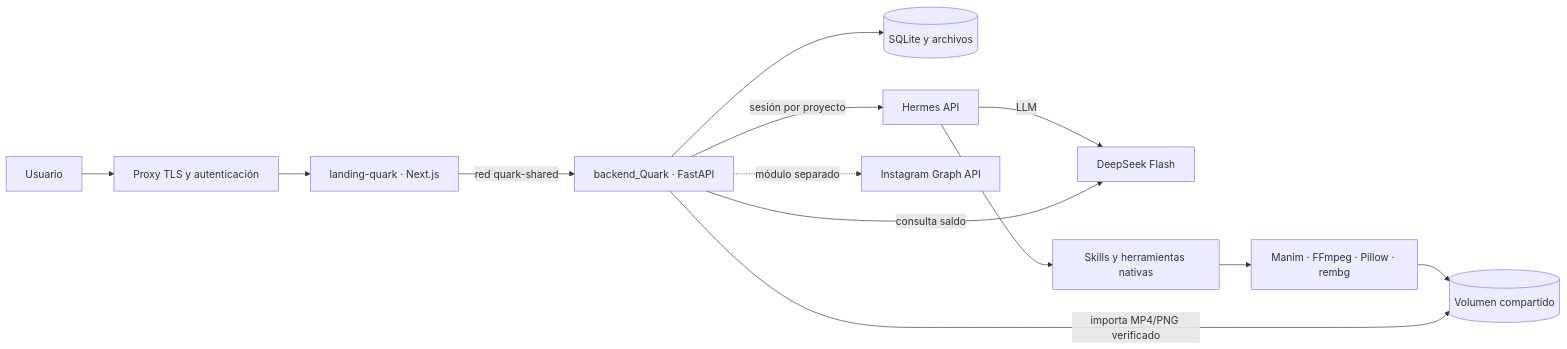
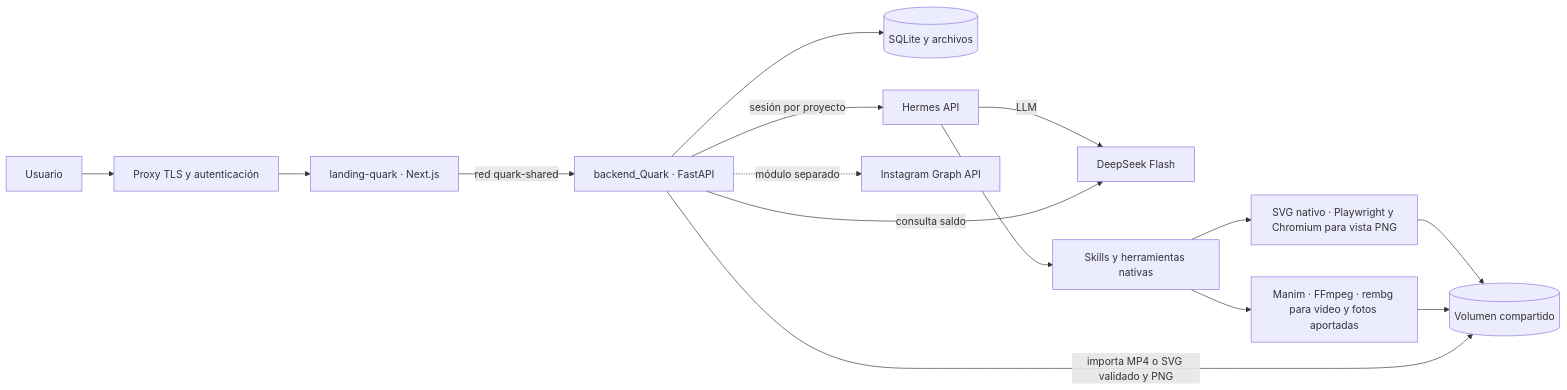
The diagram in ARQUITECTURA.md (Matias-Ibanez/backend_Quark), drawn with Mermaid before and after one commit. The commit also changed other lines of this file and 25 other files, not shown here.

Commit message:
feat(media): deliver editable SVG posts with Playwright previews

````diff
--- a/ARQUITECTURA.md
+++ b/ARQUITECTURA.md
@@ -3,15 +3,17 @@
 ```mermaid
 flowchart LR
     U[Usuario] --> TLS[Proxy TLS y autenticación]
     TLS --> WEB[landing-quark · Next.js]
     WEB -->|red quark-shared| API[backend_Quark · FastAPI]
     API --> DB[(SQLite y archivos)]
     API -->|sesión por proyecto| H[Hermes API]
     H -->|LLM| D[DeepSeek Flash]
     H --> SK[Skills y herramientas nativas]
-    SK --> M[Manim · FFmpeg · Pillow · rembg]
+    SK --> P[SVG nativo · Playwright y Chromium para vista PNG]
+    SK --> M[Manim · FFmpeg · rembg para video y fotos aportadas]
+    P --> V[(Volumen compartido)]
     M --> V[(Volumen compartido)]
-    API -->|importa MP4/PNG verificado| V
+    API -->|importa MP4 o SVG validado y PNG| V
     API -->|consulta saldo| D
     API -. módulo separado .-> IG[Instagram Graph API]
 ```
````
